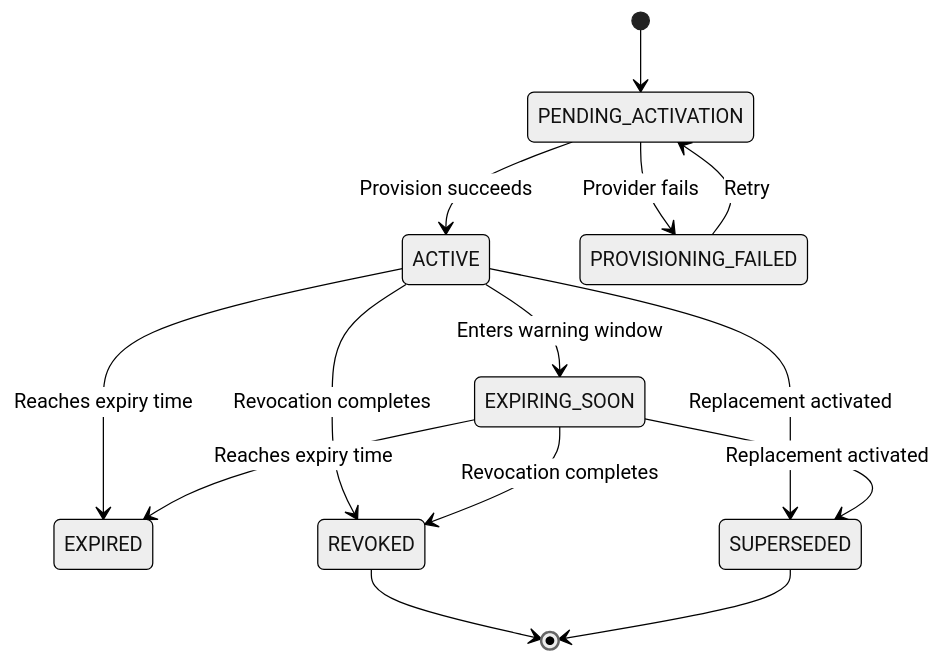
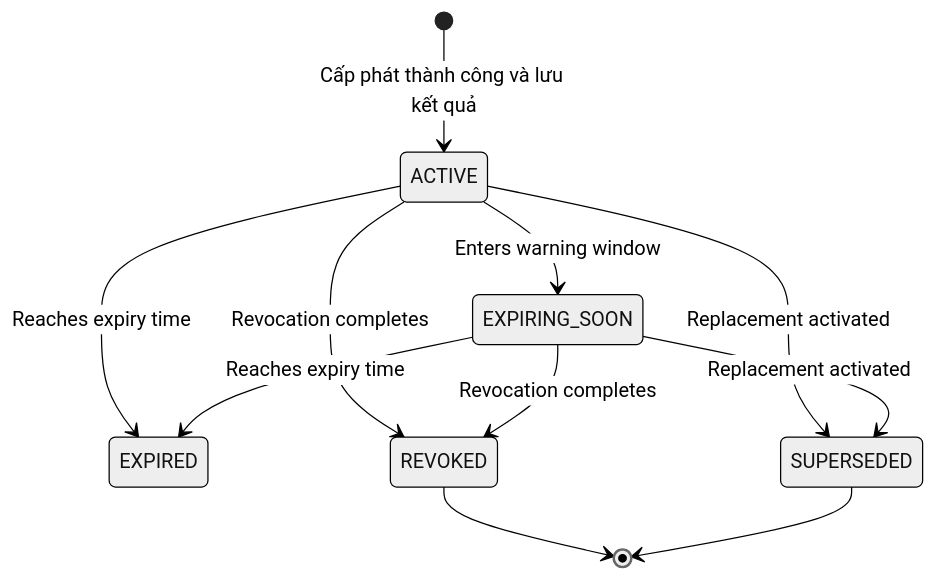
Before and after one commit to Eyblcat12/Cryta: the ninth of 9 diagrams in 01_luong_hoat_dong_he_thong.md, drawn with Mermaid (neutral theme). The commit also changed other lines of this file and 356 other files, not shown here.

````diff
--- a/01_luong_hoat_dong_he_thong.md
+++ b/01_luong_hoat_dong_he_thong.md
@@ -281,16 +291,13 @@
 ```mermaid
 stateDiagram-v2
-    [*] --> PENDING_ACTIVATION
-    PENDING_ACTIVATION --> ACTIVE: Provision succeeds
-    PENDING_ACTIVATION --> PROVISIONING_FAILED: Provider fails
-    PROVISIONING_FAILED --> PENDING_ACTIVATION: Retry
+    [*] --> ACTIVE: Cấp phát thành công và lưu kết quả
     ACTIVE --> EXPIRING_SOON: Enters warning window
     ACTIVE --> EXPIRED: Reaches expiry time
     EXPIRING_SOON --> EXPIRED: Reaches expiry time
     ACTIVE --> REVOKED: Revocation completes
     EXPIRING_SOON --> REVOKED: Revocation completes
     ACTIVE --> SUPERSEDED: Replacement activated
     EXPIRING_SOON --> SUPERSEDED: Replacement activated
     REVOKED --> [*]
     SUPERSEDED --> [*]
 ```
````
